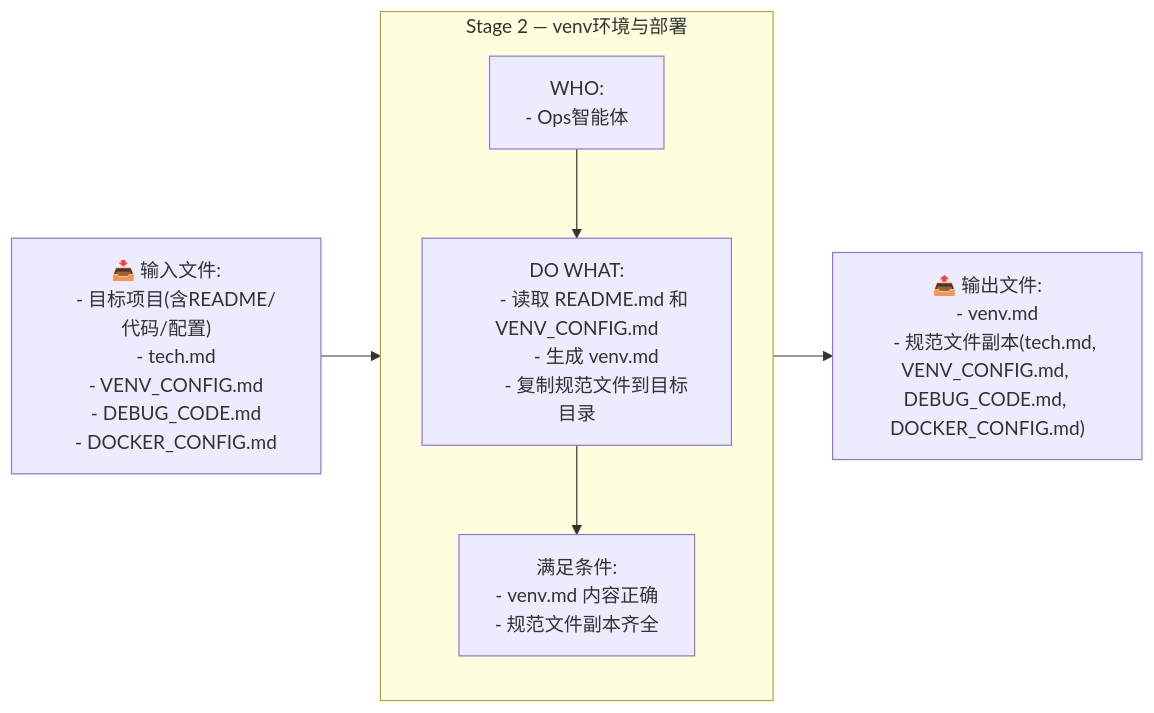
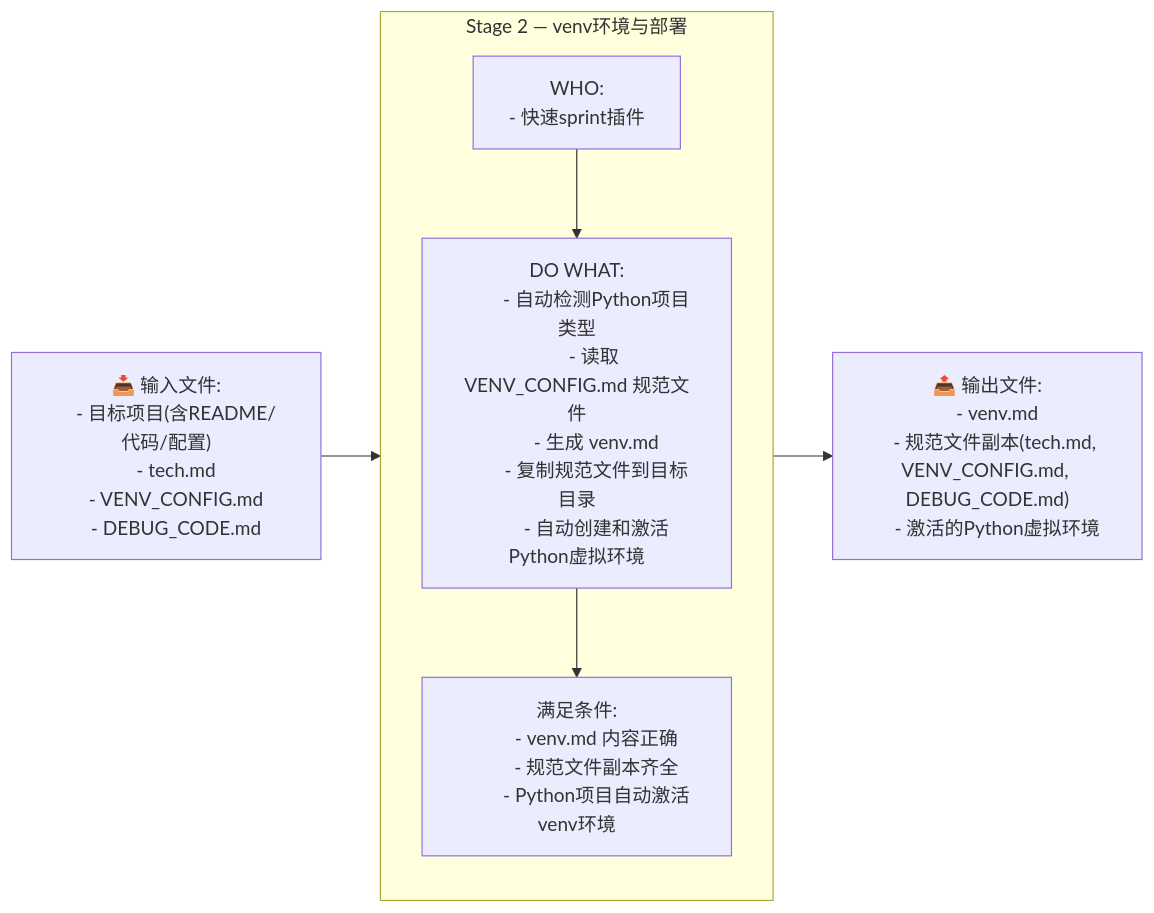
One commit to ouyangshixiong/context-engineering-zh changed the third of 15 diagrams in README.md. Above: the diagram before and after it, drawn with Mermaid. The commit also changed other lines of this file and 1 other file, not shown here.

````diff
--- a/README.md
+++ b/README.md
@@ -263,33 +263,36 @@
 ```mermaid
 flowchart LR
     %% ================= Stage 2 =================
     I2["📥 输入文件:
     - 目标项目(含README/代码/配置)
     - tech.md
     - VENV_CONFIG.md
-    - DEBUG_CODE.md
-    - DOCKER_CONFIG.md"]
+    - DEBUG_CODE.md"]
 
     O2["📤 输出文件:
     - venv.md
-    - 规范文件副本(tech.md, VENV_CONFIG.md, DEBUG_CODE.md, DOCKER_CONFIG.md)"]
+    - 规范文件副本(tech.md, VENV_CONFIG.md, DEBUG_CODE.md)
+    - 激活的Python虚拟环境"]
 
     subgraph S2["Stage 2 — venv环境与部署"]
         direction TB
         W2["WHO:
-        - Ops智能体"]
+        - 快速sprint插件"]
 
         A2["DO WHAT:
-        - 读取 README.md 和 VENV_CONFIG.md
+        - 自动检测Python项目类型
+        - 读取 VENV_CONFIG.md 规范文件
         - 生成 venv.md
-        - 复制规范文件到目标目录"]
+        - 复制规范文件到目标目录
+        - 自动创建和激活Python虚拟环境"]
 
         V2["满足条件:
         - venv.md 内容正确
-        - 规范文件副本齐全"]
+        - 规范文件副本齐全
+        - Python项目自动激活venv环境"]
 
         W2 --> A2 --> V2
     end
 
     I2 --> S2 --> O2
 ```
````
